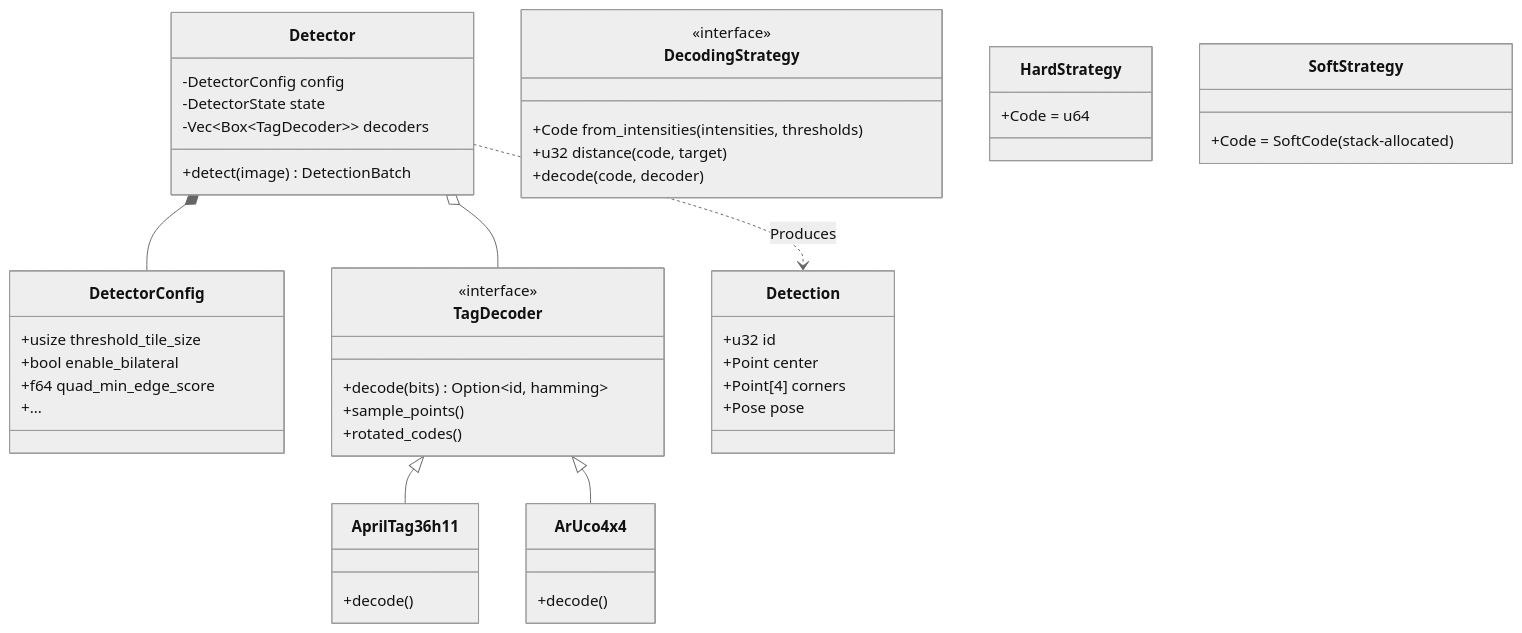
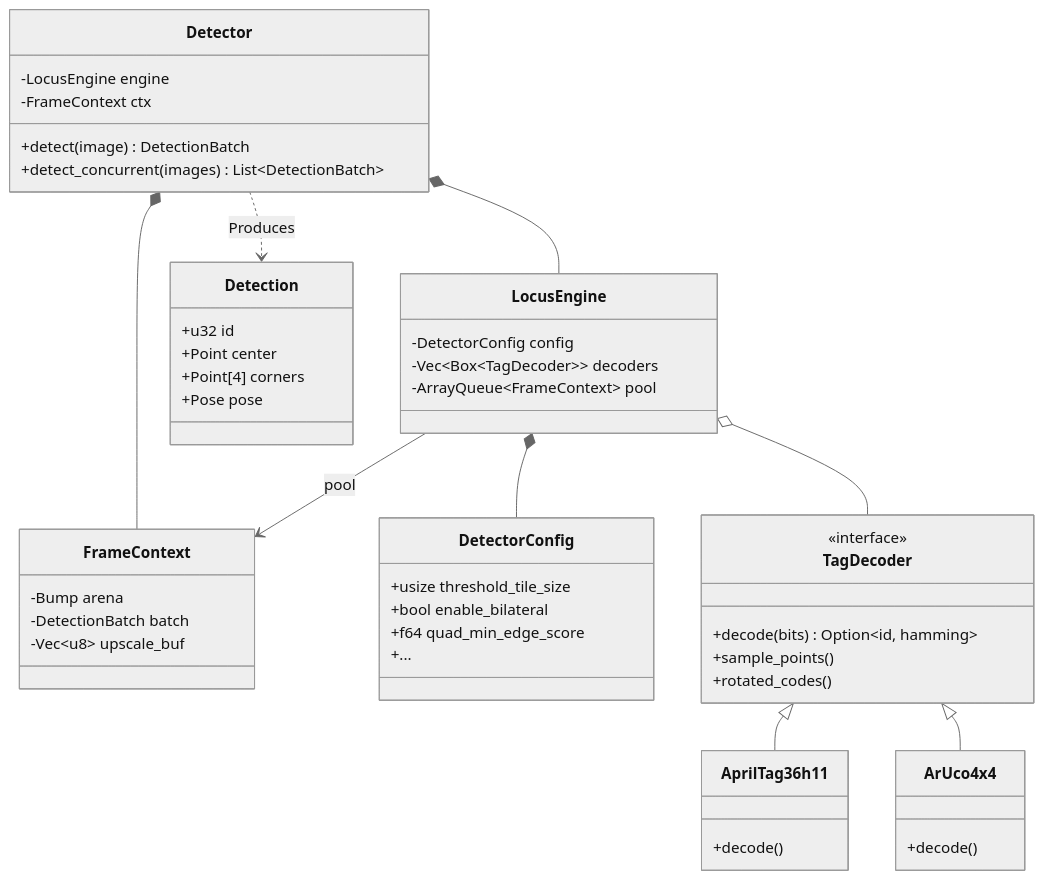
The second of 3 diagrams in docs/explanation/architecture.md (NoeFontana/locus-tag), drawn with Mermaid (neutral theme) before and after one commit. The commit also changed other lines of this file and 11 other files, not shown here.

First line of the commit message:
feat(py): Add detect_concurrent to Detector; simplify API to single entry point

````diff
--- a/docs/explanation/architecture.md
+++ b/docs/explanation/architecture.md
@@ -32,59 +32,59 @@
 ```mermaid
 classDiagram
     class Detector {
+        -LocusEngine engine
+        -FrameContext ctx
+        +detect(image) DetectionBatch
+        +detect_concurrent(images) List~DetectionBatch~
+    }
+
+    class LocusEngine {
         -DetectorConfig config
-        -DetectorState state
         -Vec~Box~TagDecoder~~ decoders
-        +detect(image) DetectionBatch
+        -ArrayQueue~FrameContext~ pool
+    }
+
+    class FrameContext {
+        -Bump arena
+        -DetectionBatch batch
+        -Vec~u8~ upscale_buf
     }
 
     class DetectorConfig {
         +usize threshold_tile_size
         +bool enable_bilateral
         +f64 quad_min_edge_score
         +...
     }
 
     class TagDecoder {
         <<interface>>
         +decode(bits) Option~id, hamming~
         +sample_points()
         +rotated_codes()
-    }
-
-    class DecodingStrategy {
-        <<interface>>
-        +Code from_intensities(intensities, thresholds)
-        +u32 distance(code, target)
-        +decode(code, decoder)
-    }
-
-    class HardStrategy {
-        +Code = u64
-    }
-
-    class SoftStrategy {
-        +Code = SoftCode (stack-allocated)
     }
 
     class AprilTag36h11 {
         +decode()
     }
 
     class ArUco4x4 {
         +decode()
     }
 
     class Detection {
         +u32 id
         +Point center
         +Point[4] corners
         +Pose pose
     }
 
-    Detector *-- DetectorConfig
-    Detector o-- TagDecoder
+    Detector *-- LocusEngine
+    Detector *-- FrameContext
+    LocusEngine *-- DetectorConfig
+    LocusEngine o-- TagDecoder
+    LocusEngine --> FrameContext : pool
     TagDecoder <|-- AprilTag36h11
     TagDecoder <|-- ArUco4x4
     Detector ..> Detection : Produces
 ```
````
